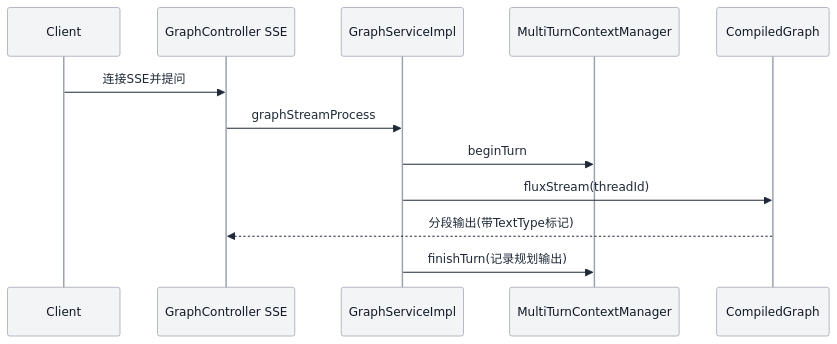
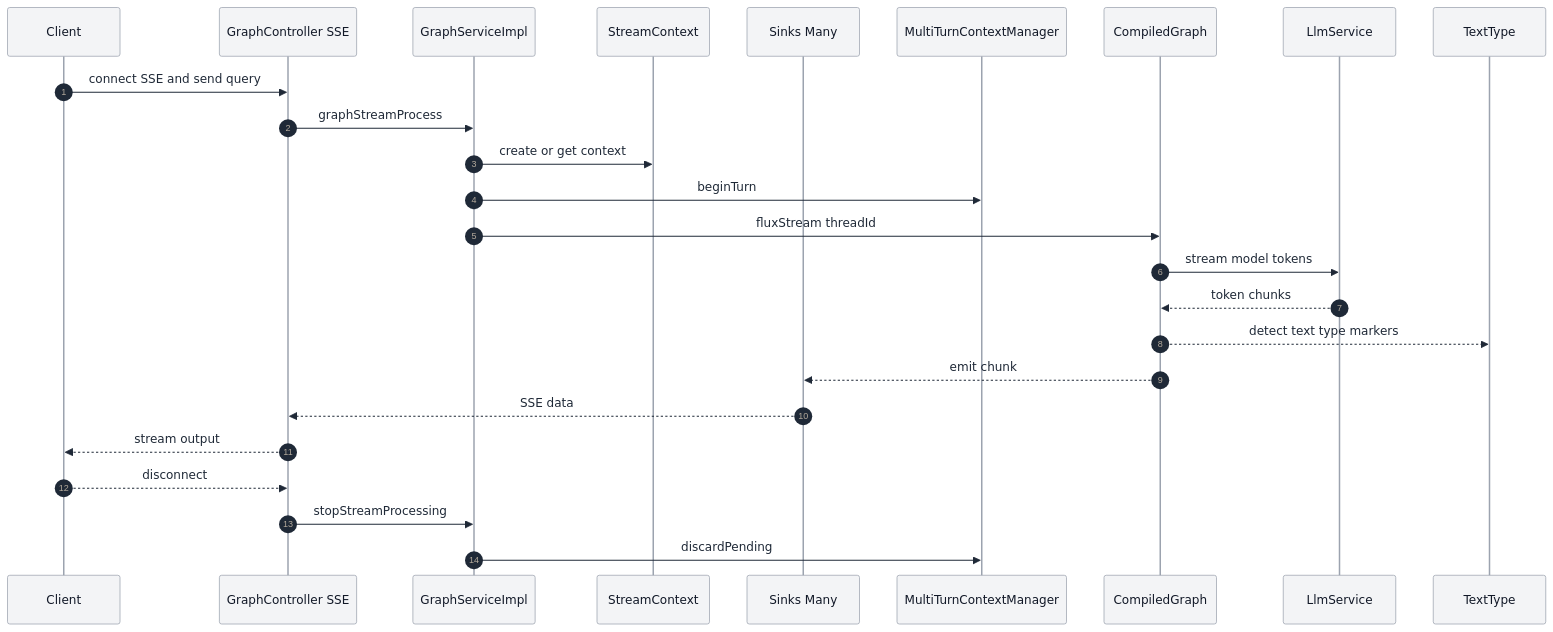
One commit to spring-ai-alibaba/DataAgent changed diagram 12 of 18 in README.md. Above: the diagram before and after it, drawn with Mermaid. The commit also changed other lines of this file, not shown here.

Commit message:
refactor: enhance README with updated architecture diagrams, improved class definitions, and refined workflow processes for clarity

````diff
--- a/README.md
+++ b/README.md
@@ -348,16 +489,29 @@
 ```mermaid
 %%{init: {"theme": "base", "themeVariables": {"primaryColor": "#E3F2FD", "primaryBorderColor": "#1E88E5", "primaryTextColor": "#1F2937", "lineColor": "#4B5563", "secondaryColor": "#E8F5E9", "tertiaryColor": "#FFF1D6", "actorBkg": "#F3F4F6", "actorBorder": "#9CA3AF", "actorTextColor": "#111827", "noteBkgColor": "#FFF8E1", "noteTextColor": "#1F2937"}}}%%
 sequenceDiagram
+  autonumber
   participant C as Client
   participant API as GraphController SSE
   participant GS as GraphServiceImpl
+  participant SC as StreamContext
+  participant SK as Sinks Many
   participant CTX as MultiTurnContextManager
   participant G as CompiledGraph
+  participant L as LlmService
+  participant T as TextType
 
-  C->>API: 连接SSE并提问
+  C->>API: connect SSE and send query
   API->>GS: graphStreamProcess
+  GS->>SC: create or get context
   GS->>CTX: beginTurn
-  GS->>G: fluxStream(threadId)
-  G-->>API: 分段输出(带TextType标记)
-  GS->>CTX: finishTurn(记录规划输出)
+  GS->>G: fluxStream threadId
+  G->>L: stream model tokens
+  L-->>G: token chunks
+  G-->>T: detect text type markers
+  G-->>SK: emit chunk
+  SK-->>API: SSE data
+  API-->>C: stream output
+  C-->>API: disconnect
+  API->>GS: stopStreamProcessing
+  GS->>CTX: discardPending
 ```
````
